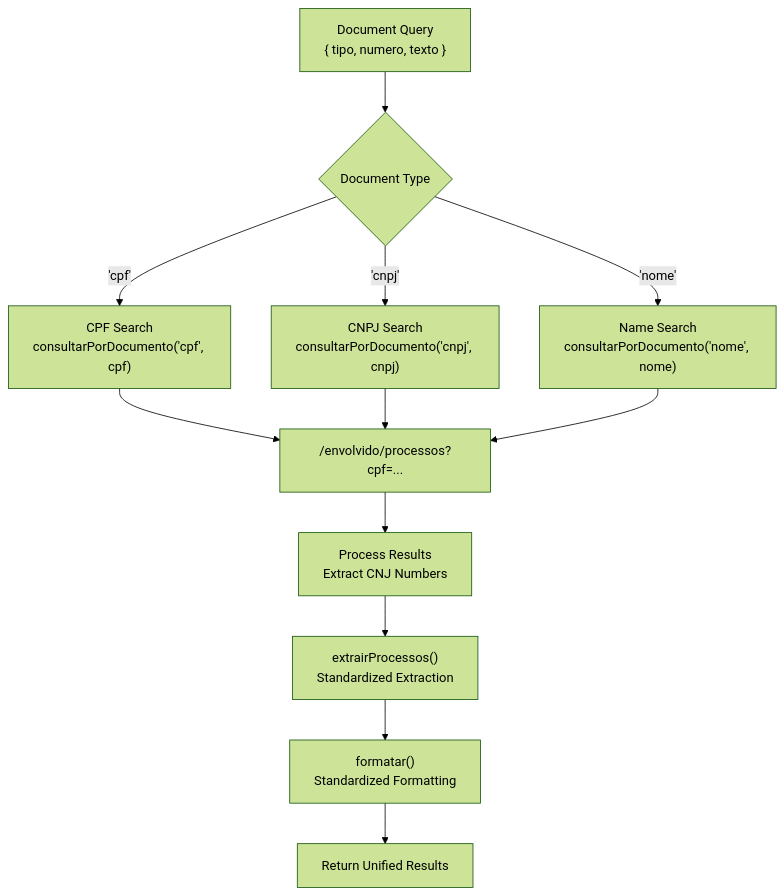
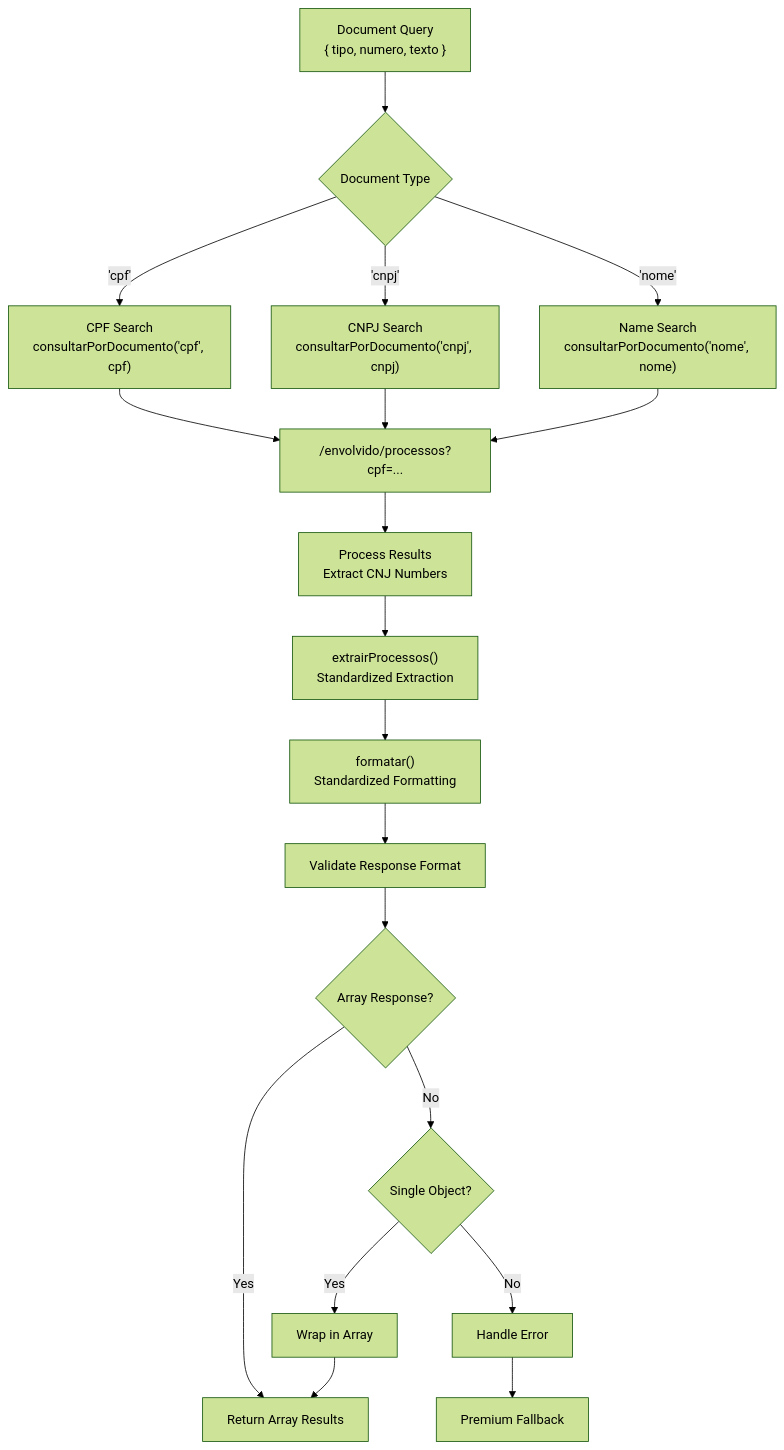
Before and after one commit to Alexandrexicara/bot-processos: the tenth of 13 diagrams in .qoder/repowiki/en/content/API Integration Layer/API Integration Layer.md, drawn with Mermaid (forest theme). The commit also changed other lines of this file and 5 other files, not shown here.

````diff
--- a/.qoder/repowiki/en/content/API Integration Layer/API Integration Layer.md
+++ b/.qoder/repowiki/en/content/API Integration Layer/API Integration Layer.md
@@ -520,14 +574,21 @@
 ```mermaid
 flowchart TD
 DocumentQuery["Document Query<br/>{ tipo, numero, texto }"] --> CheckType{"Document Type"}
 CheckType --> |'cpf'| CPFSearch["CPF Search<br/>consultarPorDocumento('cpf', cpf)"]
 CheckType --> |'cnpj'| CNPJSearch["CNPJ Search<br/>consultarPorDocumento('cnpj', cnpj)"]
 CheckType --> |'nome'| NameSearch["Name Search<br/>consultarPorDocumento('nome', nome)"]
 CPFSearch --> DocumentEndpoint["/envolvido/processos?cpf=..."]
 CNPJSearch --> DocumentEndpoint
 NameSearch --> DocumentEndpoint
 DocumentEndpoint --> ProcessResults["Process Results<br/>Extract CNJ Numbers"]
 ProcessResults --> ExtractFunction["extrairProcessos()<br/>Standardized Extraction"]
 ExtractFunction --> FormatFunction["formatar()<br/>Standardized Formatting"]
-FormatFunction --> ReturnResults["Return Unified Results"]
+FormatFunction --> ValidateResponse["Validate Response Format"]
+ValidateResponse --> ArrayResponse{"Array Response?"}
+ArrayResponse --> |Yes| ReturnResults["Return Array Results"]
+ArrayResponse --> |No| SingleResponse{"Single Object?"}
+SingleResponse --> |Yes| WrapObject["Wrap in Array"]
+WrapObject --> ReturnResults
+SingleResponse --> |No| HandleError["Handle Error"]
+HandleError --> PremiumFallback["Premium Fallback"]
 ```
````
